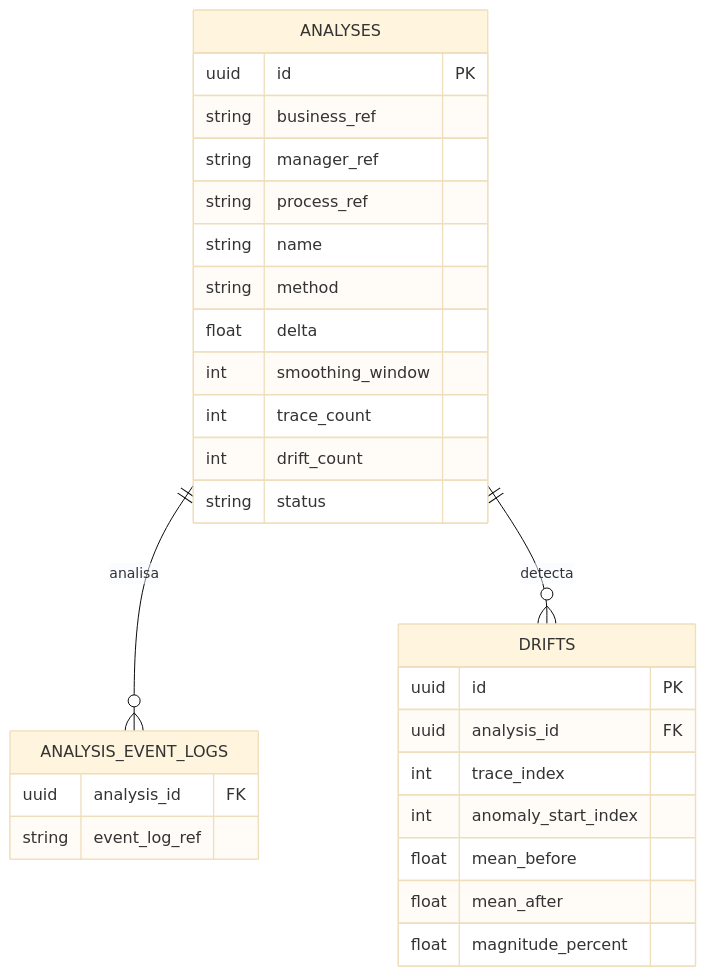
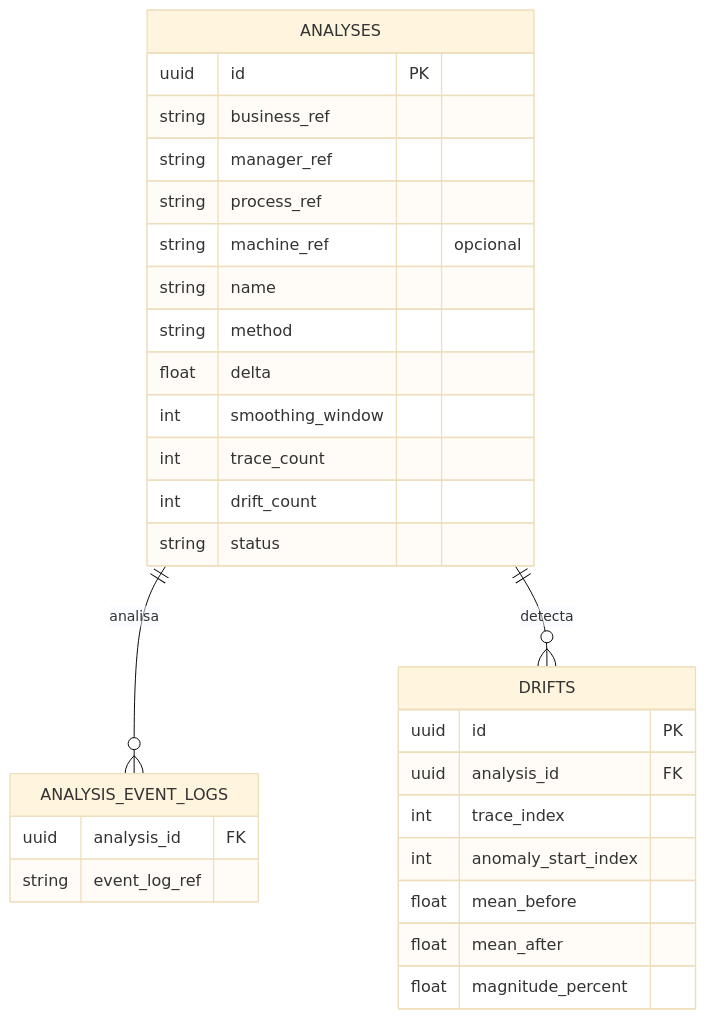
Before and after one commit to aland3r/deviante-docs: diagram 15 of 17 in architecture/arc42.md, drawn with Mermaid (base theme). The commit also changed other lines of this file, not shown here.

````diff
--- a/architecture/arc42.md
+++ b/architecture/arc42.md
@@ -1110,31 +1123,32 @@
 ```mermaid
 erDiagram
     ANALYSES ||--o{ ANALYSIS_EVENT_LOGS : analisa
     ANALYSES ||--o{ DRIFTS : detecta
     ANALYSES {
         uuid id PK
         string business_ref
         string manager_ref
         string process_ref
+        string machine_ref "opcional"
         string name
         string method
         float delta
         int smoothing_window
         int trace_count
         int drift_count
         string status
     }
     ANALYSIS_EVENT_LOGS {
         uuid analysis_id FK
         string event_log_ref
     }
     DRIFTS {
         uuid id PK
         uuid analysis_id FK
         int trace_index
         int anomaly_start_index
         float mean_before
         float mean_after
         float magnitude_percent
     }
 ```
````
